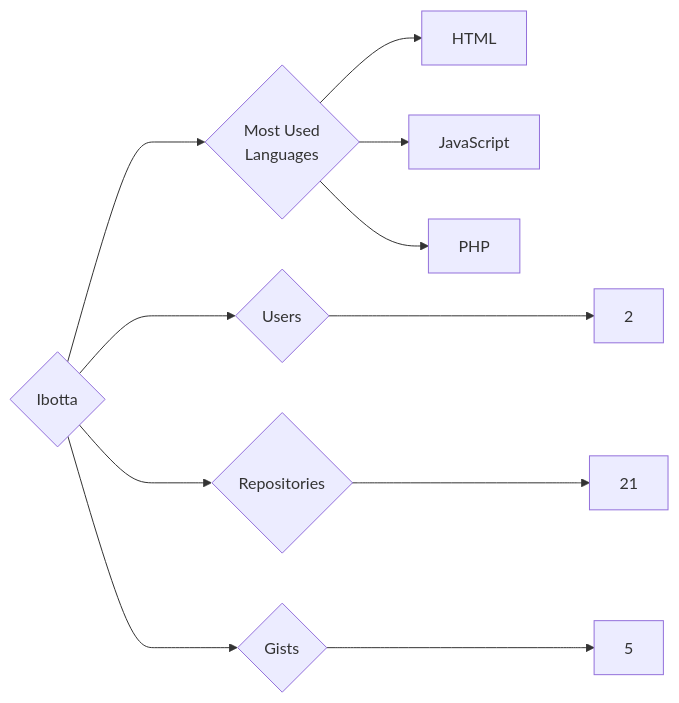
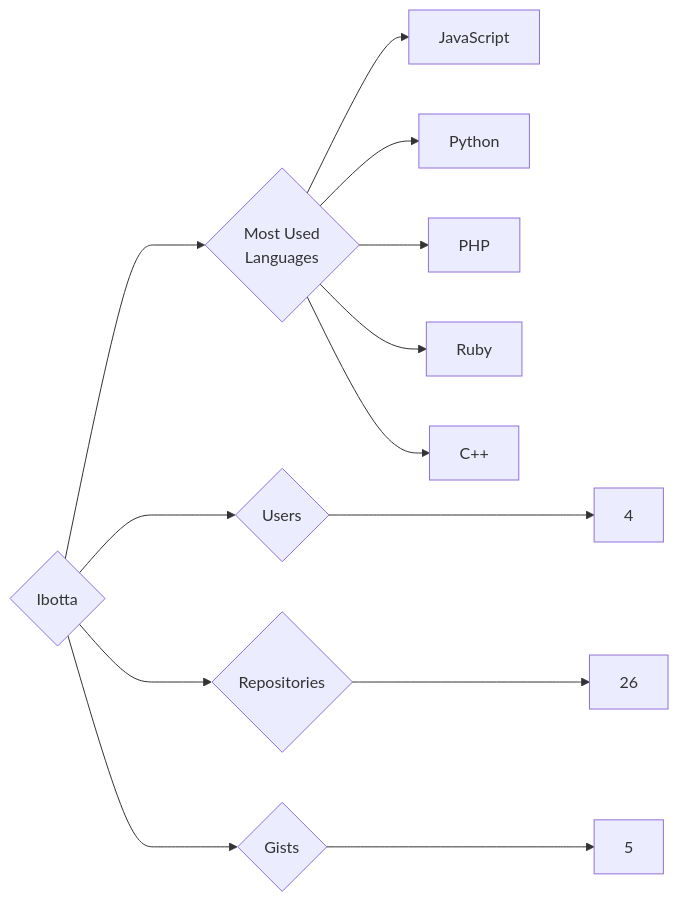
The diagram in targets/Ibotta/README.md (trickest/insiders), drawn with Mermaid before and after one commit. The commit also changed 1123 other files, not shown here.

````diff
--- a/targets/Ibotta/README.md
+++ b/targets/Ibotta/README.md
@@ -3,11 +3,13 @@
 ```mermaid
 graph LR
 COMPANY_NAME{Ibotta}
-COMPANY_NAME ---> U{Users} ---> UN[2]
-COMPANY_NAME ---> R{Repositories} ---> RN[21]
+COMPANY_NAME ---> U{Users} ---> UN[4]
+COMPANY_NAME ---> R{Repositories} ---> RN[26]
 COMPANY_NAME ---> G{Gists} ---> GN[5]
 COMPANY_NAME ---> ML{Most Used<br>Languages}
-ML --> HTML[HTML]
 ML --> JavaScript[JavaScript]
+ML --> Python[Python]
 ML --> PHP[PHP]
+ML --> Ruby[Ruby]
+ML --> C++[C++]
 ```
````
